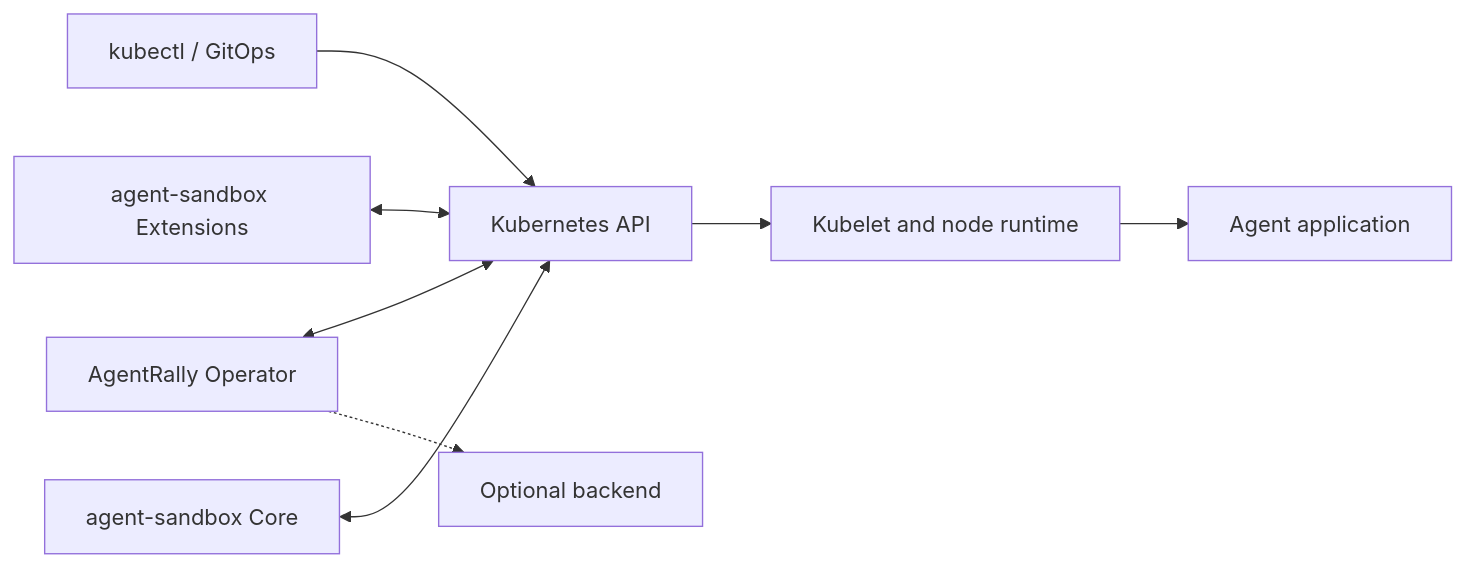
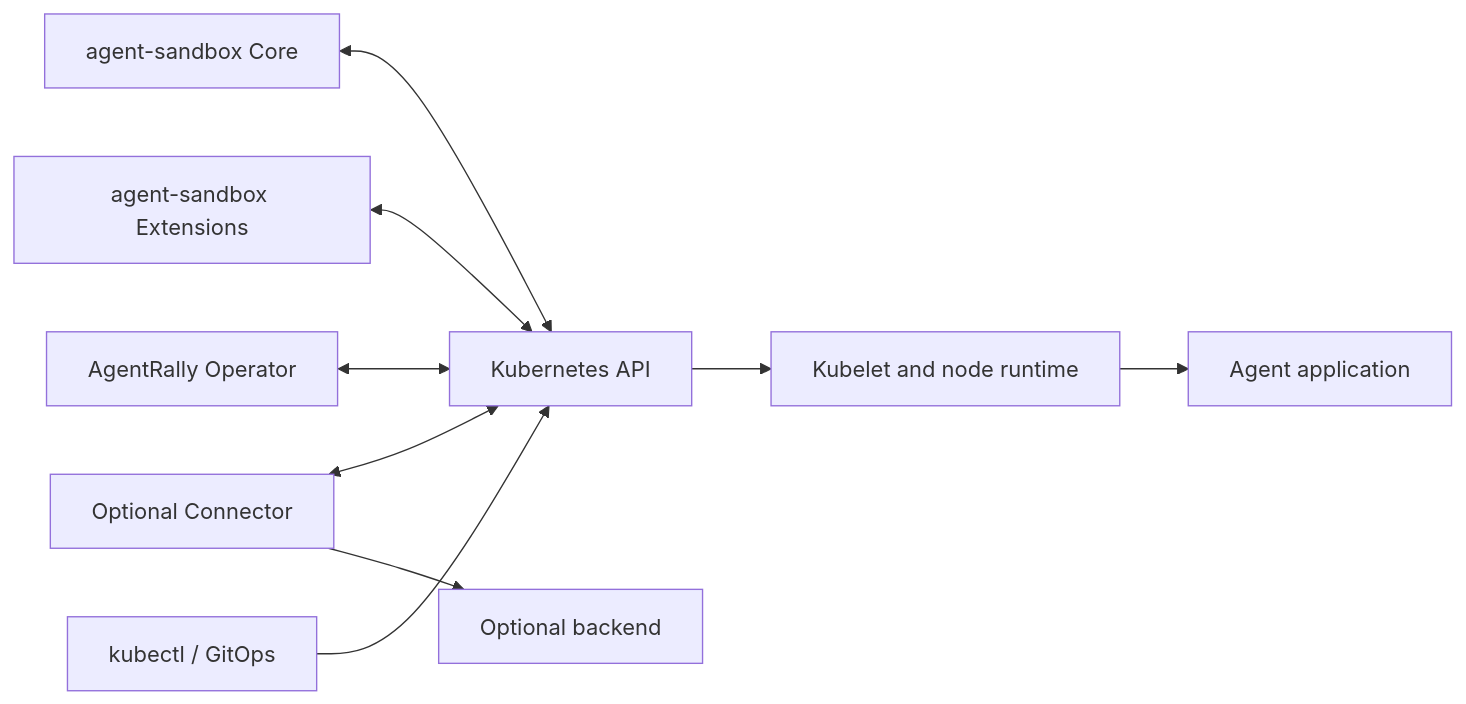
One commit to chizhang21/agentrally-operator changed the first of 2 diagrams in docs/architecture.md. Above: the diagram before and after it, drawn with Mermaid. The commit also changed other lines of this file and 33 other files, not shown here.

````diff
--- a/docs/architecture.md
+++ b/docs/architecture.md
@@ -22,10 +23,11 @@
 ```mermaid
 flowchart LR
     U["kubectl / GitOps"] --> K["Kubernetes API"]
     O["AgentRally Operator"] <--> K
-    O -.-> B["Optional backend"]
+    R["Optional Connector"] --> B["Optional backend"]
+    R <--> K
     E["agent-sandbox Extensions"] <--> K
     C["agent-sandbox Core"] <--> K
     K --> N["Kubelet and node runtime"]
     N --> A["Agent application"]
 ```
````
